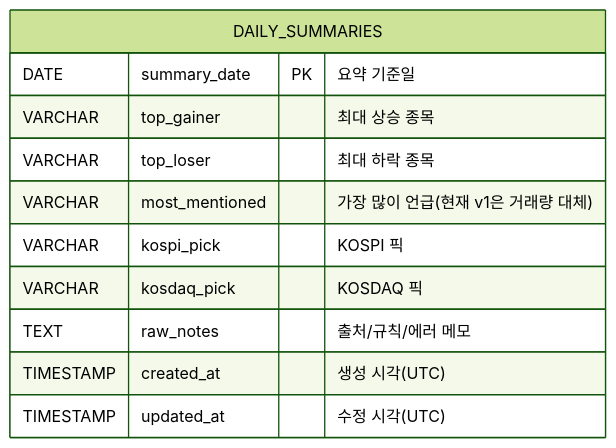
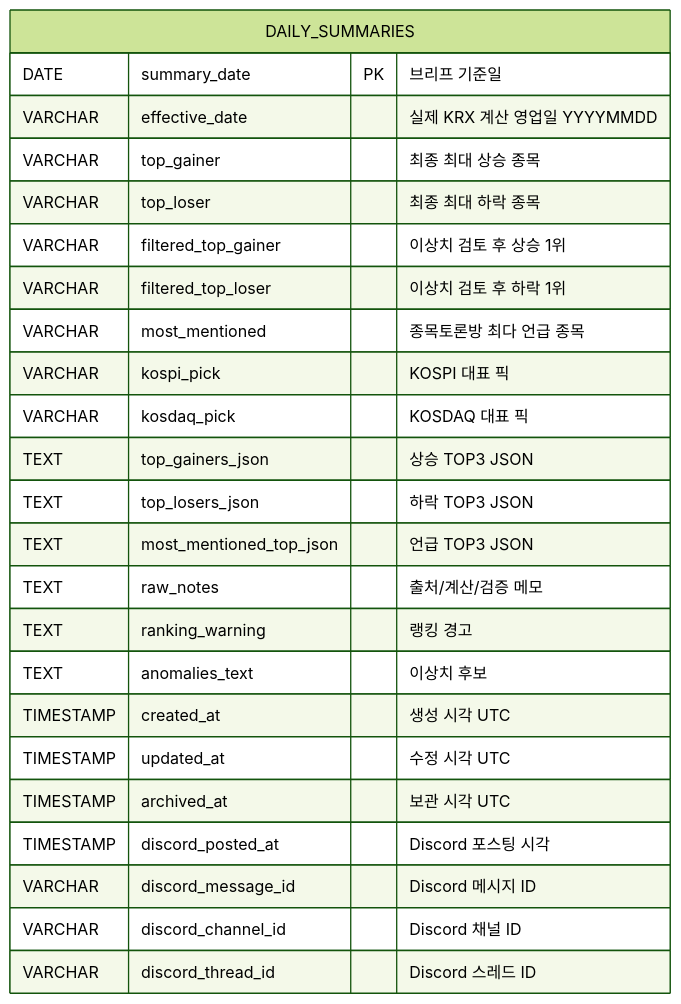
The first of 2 diagrams in docs/ERD.md (8luerose/kr-stock-daily-brief), drawn with Mermaid (forest theme) before and after one commit. The commit also changed other lines of this file and 5 other files, not shown here.

````diff
--- a/docs/ERD.md
+++ b/docs/ERD.md
@@ -9,14 +9,27 @@
 ```mermaid
 erDiagram
     DAILY_SUMMARIES {
-        DATE summary_date PK "요약 기준일"
-        VARCHAR top_gainer "최대 상승 종목"
-        VARCHAR top_loser "최대 하락 종목"
-        VARCHAR most_mentioned "가장 많이 언급(현재 v1은 거래량 대체)"
-        VARCHAR kospi_pick "KOSPI 픽"
-        VARCHAR kosdaq_pick "KOSDAQ 픽"
-        TEXT raw_notes "출처/규칙/에러 메모"
-        TIMESTAMP created_at "생성 시각(UTC)"
-        TIMESTAMP updated_at "수정 시각(UTC)"
+        DATE summary_date PK "브리프 기준일"
+        VARCHAR effective_date "실제 KRX 계산 영업일 YYYYMMDD"
+        VARCHAR top_gainer "최종 최대 상승 종목"
+        VARCHAR top_loser "최종 최대 하락 종목"
+        VARCHAR filtered_top_gainer "이상치 검토 후 상승 1위"
+        VARCHAR filtered_top_loser "이상치 검토 후 하락 1위"
+        VARCHAR most_mentioned "종목토론방 최다 언급 종목"
+        VARCHAR kospi_pick "KOSPI 대표 픽"
+        VARCHAR kosdaq_pick "KOSDAQ 대표 픽"
+        TEXT top_gainers_json "상승 TOP3 JSON"
+        TEXT top_losers_json "하락 TOP3 JSON"
+        TEXT most_mentioned_top_json "언급 TOP3 JSON"
+        TEXT raw_notes "출처/계산/검증 메모"
+        TEXT ranking_warning "랭킹 경고"
+        TEXT anomalies_text "이상치 후보"
+        TIMESTAMP created_at "생성 시각 UTC"
+        TIMESTAMP updated_at "수정 시각 UTC"
+        TIMESTAMP archived_at "보관 시각 UTC"
+        TIMESTAMP discord_posted_at "Discord 포스팅 시각"
+        VARCHAR discord_message_id "Discord 메시지 ID"
+        VARCHAR discord_channel_id "Discord 채널 ID"
+        VARCHAR discord_thread_id "Discord 스레드 ID"
     }
 ```
````
